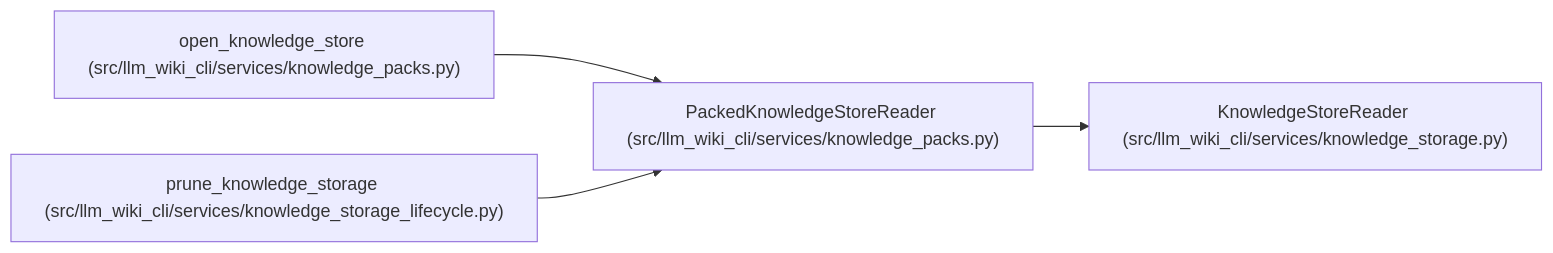
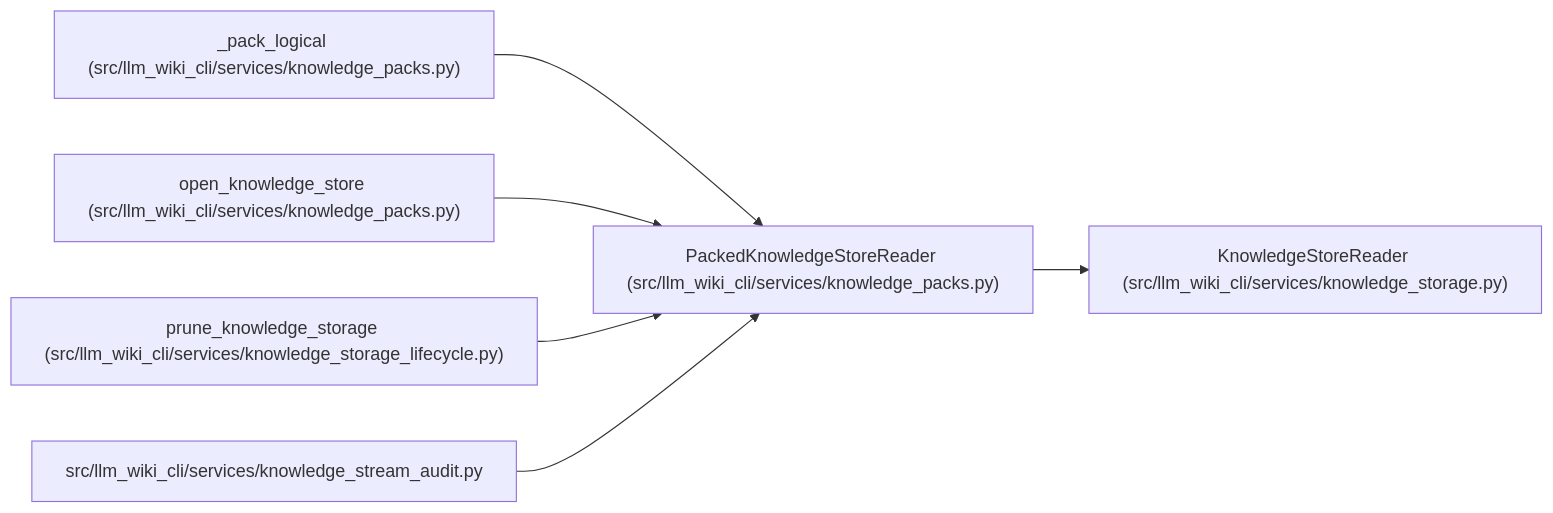
The diagram in docs/llm_wiki/entities/PackedKnowledgeStoreReader.md (Denissvgn/python-wiki-llm), drawn with Mermaid before and after one commit. The commit also changed other lines of this file and 476 other files, not shown here.

Commit message:
Refresh the reference wiki with bounded manifest storage

````diff
--- a/docs/llm_wiki/entities/PackedKnowledgeStoreReader.md
+++ b/docs/llm_wiki/entities/PackedKnowledgeStoreReader.md
@@ -33,14 +37,20 @@
 ```mermaid
 flowchart LR
     n0["PackedKnowledgeStoreReader (src/llm_wiki_cli/services/knowledge_packs.py)"]
     n1["KnowledgeStoreReader (src/llm_wiki_cli/services/knowledge_storage.py)"]
-    n2["open_knowledge_store (src/llm_wiki_cli/services/knowledge_packs.py)"]
-    n3["prune_knowledge_storage (src/llm_wiki_cli/services/knowledge_storage_lifecycle.py)"]
+    n2["_pack_logical (src/llm_wiki_cli/services/knowledge_packs.py)"]
+    n3["open_knowledge_store (src/llm_wiki_cli/services/knowledge_packs.py)"]
+    n4["prune_knowledge_storage (src/llm_wiki_cli/services/knowledge_storage_lifecycle.py)"]
+    n5["src/llm_wiki_cli/services/knowledge_stream_audit.py"]
     n0 --> n1
     n2 --> n0
     n3 --> n0
+    n4 --> n0
+    n5 --> n0
     click n0 "../modules/knowledge_packs.md"
     click n1 "../modules/knowledge_storage.md"
     click n2 "../modules/knowledge_packs.md"
-    click n3 "../modules/knowledge_storage_lifecycle.md"
+    click n3 "../modules/knowledge_packs.md"
+    click n4 "../modules/knowledge_storage_lifecycle.md"
+    click n5 "../modules/knowledge_stream_audit.md"
 ```
````
